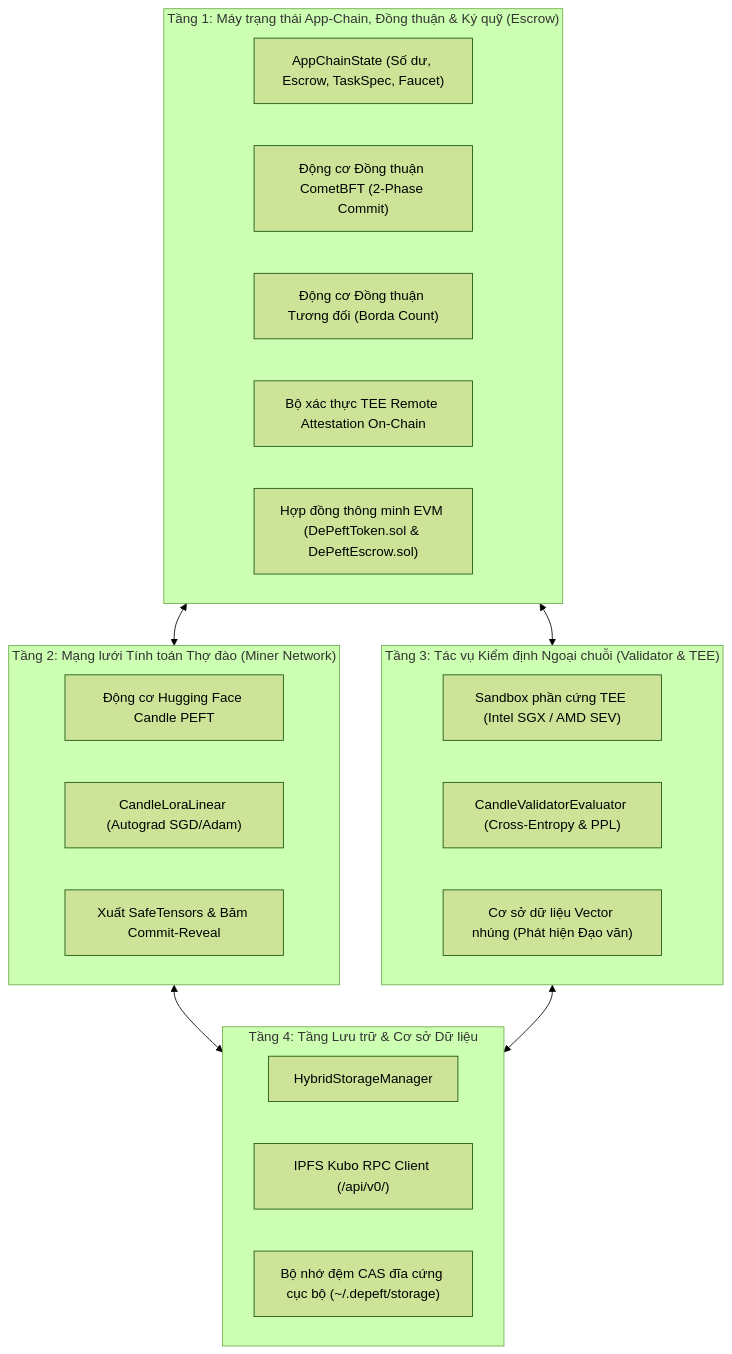
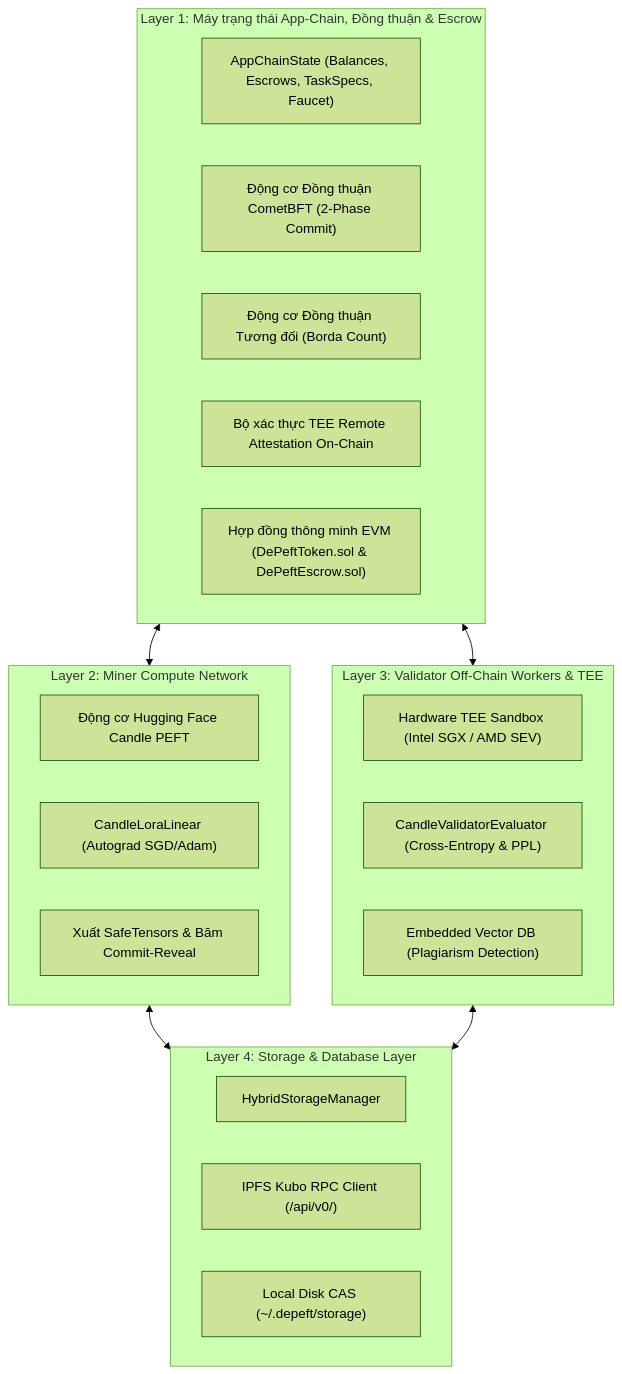
One commit to KhoaIsReal/DePEFT changed the diagram in ARCHITECTURE_VI.md. Above: the diagram before and after it, drawn with Mermaid (forest theme). The commit also changed other lines of this file and 3 other files, not shown here.

````diff
--- a/ARCHITECTURE_VI.md
+++ b/ARCHITECTURE_VI.md
@@ -9,33 +9,33 @@
 ```mermaid
 graph TD
-    subgraph Layer1["Tầng 1: Máy trạng thái App-Chain, Đồng thuận & Ký quỹ (Escrow)"]
-        ChainState["AppChainState (Số dư, Escrow, TaskSpec, Faucet)"]
+    subgraph Layer1["Layer 1: Máy trạng thái App-Chain, Đồng thuận & Escrow"]
+        ChainState["AppChainState (Balances, Escrows, TaskSpecs, Faucet)"]
         BftEngine["Động cơ Đồng thuận CometBFT (2-Phase Commit)"]
         BordaEngine["Động cơ Đồng thuận Tương đối (Borda Count)"]
         TeeVerifier["Bộ xác thực TEE Remote Attestation On-Chain"]
         SmartContracts["Hợp đồng thông minh EVM (DePeftToken.sol & DePeftEscrow.sol)"]
     end
 
-    subgraph Layer2["Tầng 2: Mạng lưới Tính toán Thợ đào (Miner Network)"]
+    subgraph Layer2["Layer 2: Miner Compute Network"]
         CandleEngine["Động cơ Hugging Face Candle PEFT"]
         LoraAutograd["CandleLoraLinear (Autograd SGD/Adam)"]
         SafeTensorsExport["Xuất SafeTensors & Băm Commit-Reveal"]
     end
 
-    subgraph Layer3["Tầng 3: Tác vụ Kiểm định Ngoại chuỗi (Validator & TEE)"]
-        TeeEnclave["Sandbox phần cứng TEE (Intel SGX / AMD SEV)"]
+    subgraph Layer3["Layer 3: Validator Off-Chain Workers & TEE"]
+        TeeEnclave["Hardware TEE Sandbox (Intel SGX / AMD SEV)"]
         Evaluator["CandleValidatorEvaluator (Cross-Entropy & PPL)"]
-        VectorDB["Cơ sở dữ liệu Vector nhúng (Phát hiện Đạo văn)"]
+        VectorDB["Embedded Vector DB (Plagiarism Detection)"]
     end
 
-    subgraph Layer4["Tầng 4: Tầng Lưu trữ & Cơ sở Dữ liệu"]
+    subgraph Layer4["Layer 4: Storage & Database Layer"]
         HybridStorage["HybridStorageManager"]
         IpfsKubo["IPFS Kubo RPC Client (/api/v0/)"]
-        DiskCas["Bộ nhớ đệm CAS đĩa cứng cục bộ (~/.depeft/storage)"]
+        DiskCas["Local Disk CAS (~/.depeft/storage)"]
     end
 
     Layer1 <--> Layer2
     Layer1 <--> Layer3
     Layer2 <--> Layer4
     Layer3 <--> Layer4
 ```
````
